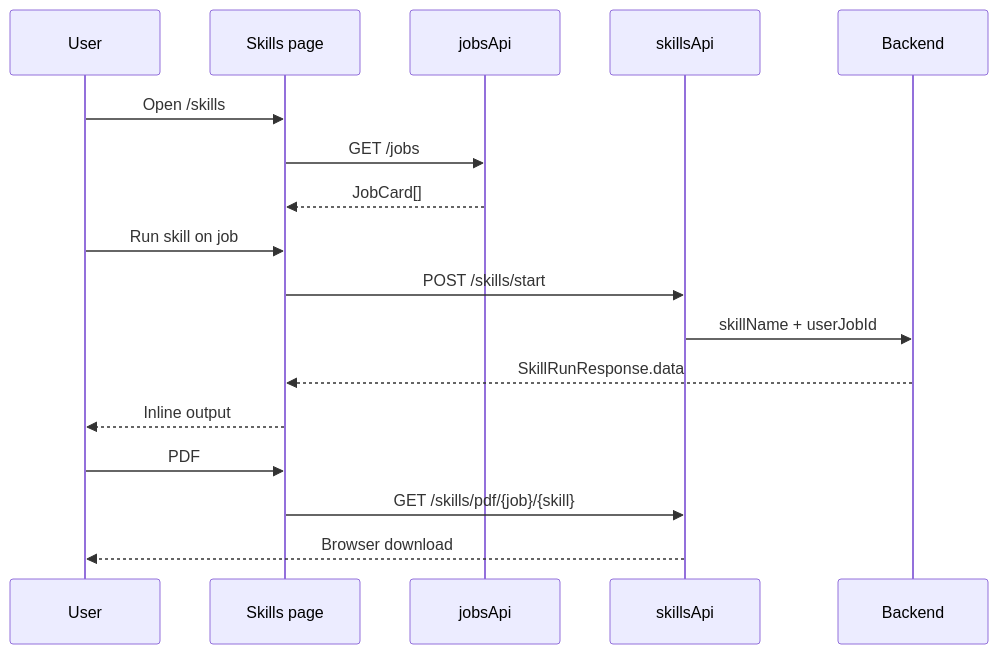
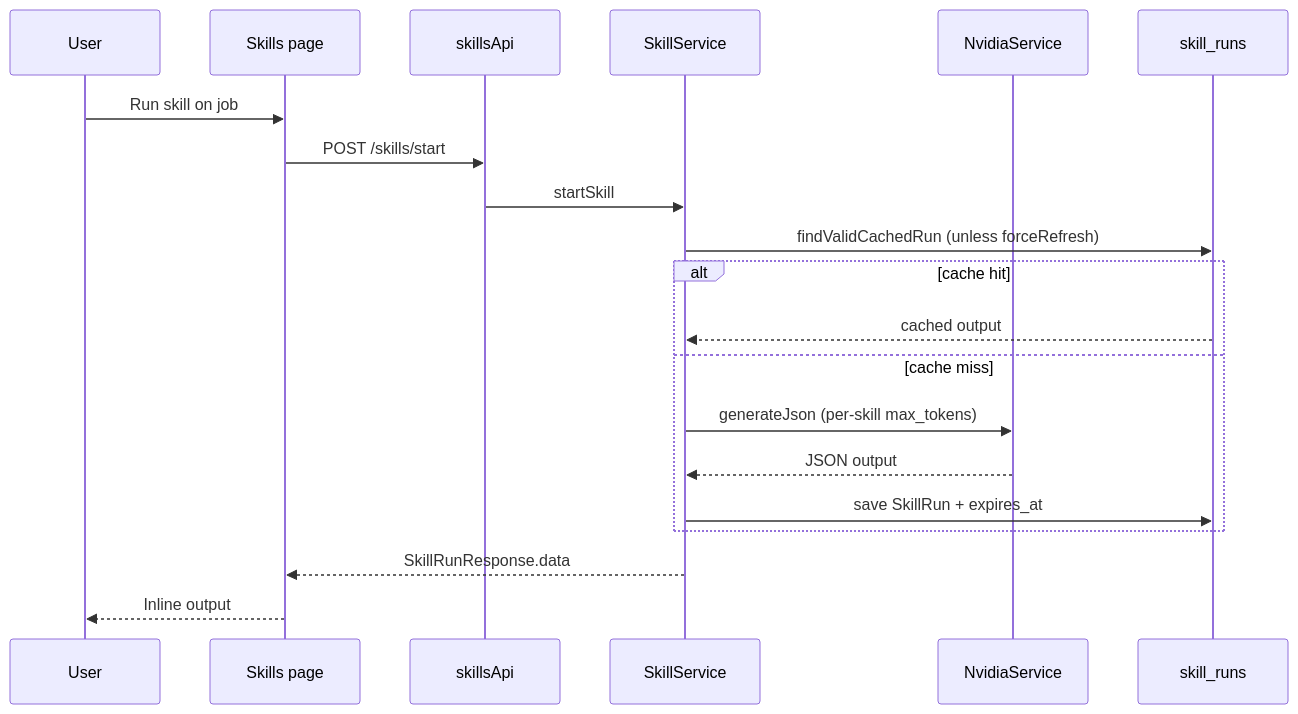
Before and after one commit to yugandharreddybana/NewCareers: the diagram in pagesflow/skills/PAGE.md, drawn with Mermaid. The commit also changed other lines of this file and 12 other files, not shown here.

````diff
--- a/pagesflow/skills/PAGE.md
+++ b/pagesflow/skills/PAGE.md
@@ -43,22 +61,23 @@
 ```mermaid
 sequenceDiagram
   participant U as User
   participant S as Skills page
-  participant J as jobsApi
   participant SK as skillsApi
-  participant API as Backend
-
-  U->>S: Open /skills
-  S->>J: GET /jobs
-  J-->>S: JobCard[]
+  participant SS as SkillService
+  participant NV as NvidiaService
+  participant DB as skill_runs
 
   U->>S: Run skill on job
   S->>SK: POST /skills/start
-  SK->>API: skillName + userJobId
-  API-->>S: SkillRunResponse.data
+  SK->>SS: startSkill
+  SS->>DB: findValidCachedRun (unless forceRefresh)
+  alt cache hit
+    DB-->>SS: cached output
+  else cache miss
+    SS->>NV: generateJson (per-skill max_tokens)
+    NV-->>SS: JSON output
+    SS->>DB: save SkillRun + expires_at
+  end
+  SS-->>S: SkillRunResponse.data
   S-->>U: Inline output
-
-  U->>S: PDF
-  S->>SK: GET /skills/pdf/{job}/{skill}
-  SK-->>U: Browser download
 ```
````
